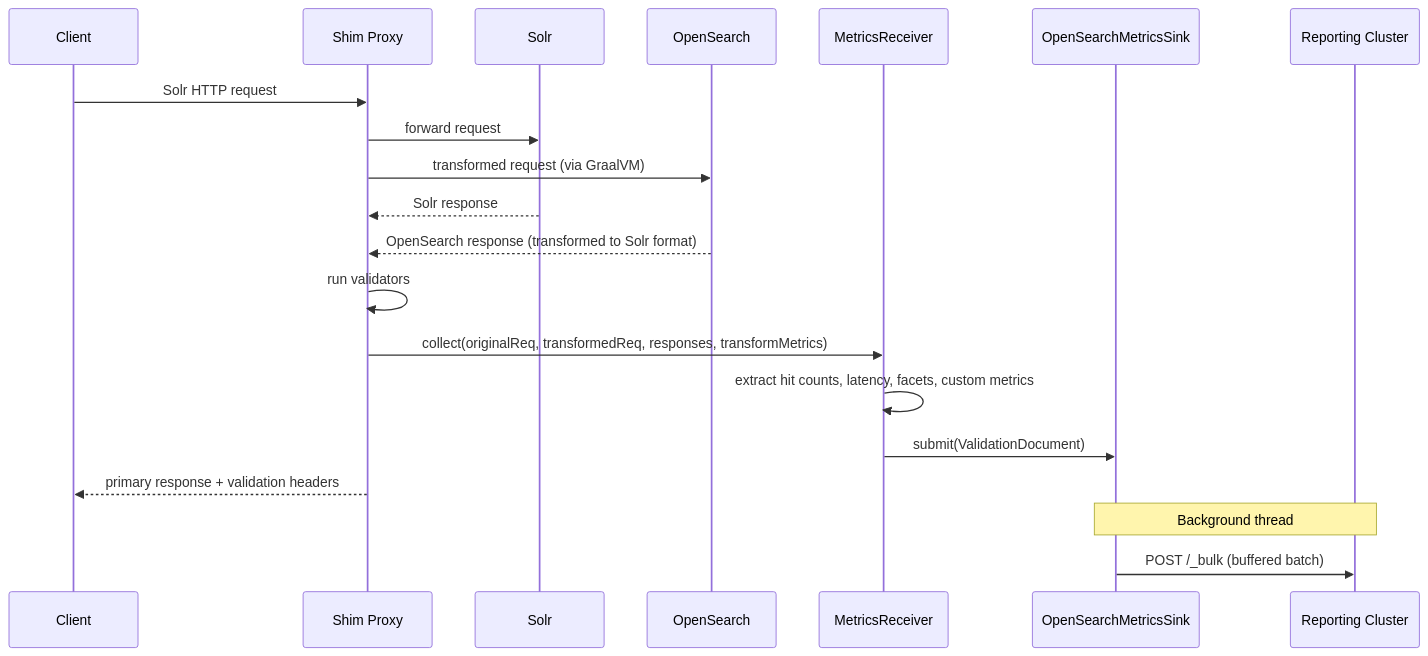
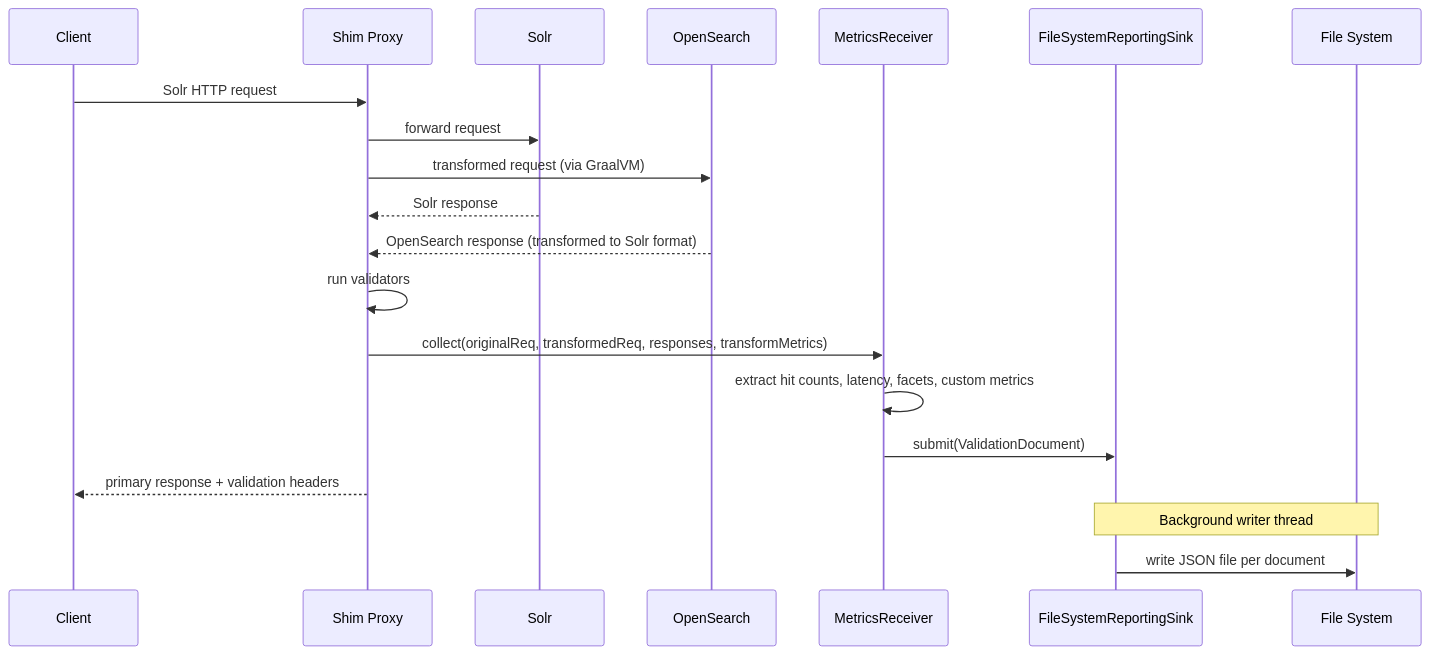
Before and after one commit to opensearch-project/opensearch-migrations: the diagram in TrafficCapture/SolrTransformations/docs/REPORTING.md, drawn with Mermaid. The commit also changed other lines of this file and 5 other files, not shown here.

Commit message:
Added a reporting sink that writes validation documents to a direcotry.

````diff
--- a/TrafficCapture/SolrTransformations/docs/REPORTING.md
+++ b/TrafficCapture/SolrTransformations/docs/REPORTING.md
@@ -27,23 +27,23 @@
 ```mermaid
 sequenceDiagram
     participant Client
     participant Shim as Shim Proxy
     participant Solr
     participant OS as OpenSearch
     participant MC as MetricsReceiver
-    participant Sink as OpenSearchMetricsSink
-    participant RC as Reporting Cluster
+    participant Sink as FileSystemReportingSink
+    participant FS as File System
 
     Client->>Shim: Solr HTTP request
     Shim->>Solr: forward request
     Shim->>OS: transformed request (via GraalVM)
     Solr-->>Shim: Solr response
     OS-->>Shim: OpenSearch response (transformed to Solr format)
     Shim->>Shim: run validators
     Shim->>MC: collect(originalReq, transformedReq, responses, transformMetrics)
     MC->>MC: extract hit counts, latency, facets, custom metrics
     MC->>Sink: submit(ValidationDocument)
     Shim-->>Client: primary response + validation headers
-    Note over Sink,RC: Background thread
-    Sink->>RC: POST /_bulk (buffered batch)
+    Note over Sink,FS: Background writer thread
+    Sink->>FS: write JSON file per document
 ```
````
